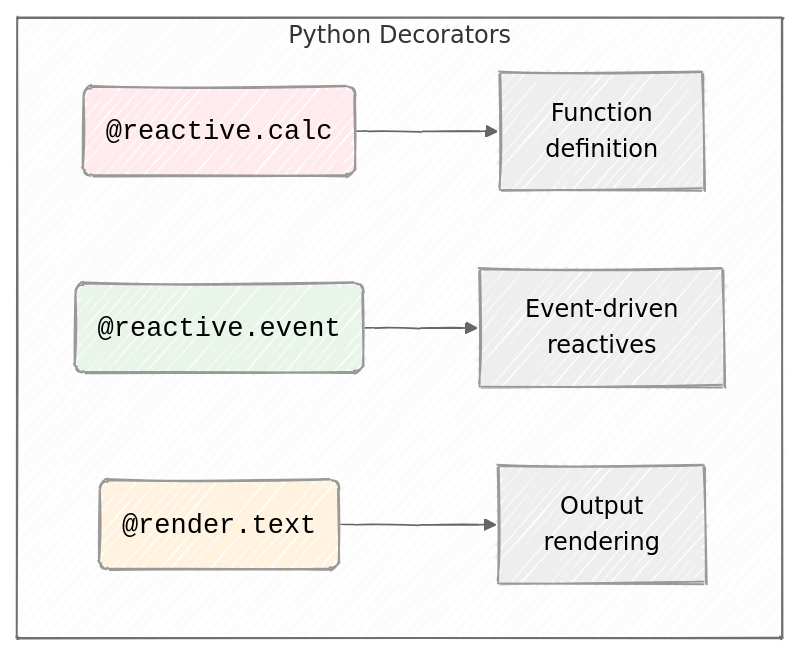
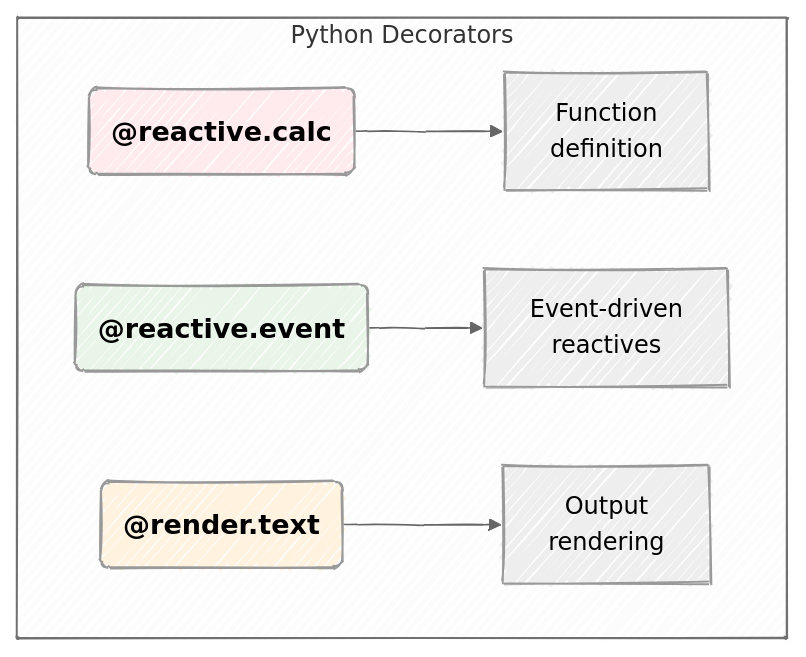
One commit to mjfrigaard/do4ds-labs changed the fifth of 7 diagrams in py-app-api.qmd. Above: the diagram before and after it, drawn with Mermaid. The commit also changed other lines of this file and 34 other files, not shown here.

Commit message:
updates to mermaid

````diff
--- a/py-app-api.qmd
+++ b/py-app-api.qmd
@@ -743,15 +746,15 @@
 ```{mermaid}
 %%{init: {'theme': 'neutral', 'look': 'handDrawn', 'themeVariables': { 'fontFamily': 'monospace'}}}%%
 
 graph TD
     subgraph "Python Decorators"
-        A("<code>@reactive.calc</code>") --> B[Function<br>definition]
-        C("<code>@reactive.event</code>") --> D["Event-driven<br>reactives"]
-        E("<code>@render.text</code>") --> F["Output<br>rendering"]
+        A("<strong>@reactive.calc</strong>") --> B[Function<br>definition]
+        C("<strong>@reactive.event</strong>") --> D["Event-driven<br>reactives"]
+        E("<strong>@render.text</strong>") --> F["Output<br>rendering"]
     end
     
     %% style A fill:#e1f5fe
     style A fill:#ffebee,color:#000,font-size:18px
     style C fill:#e8f5e8,color:#000,font-size:18px
     style E fill:#fff3e0,color:#000,font-size:18px
 ```
````
